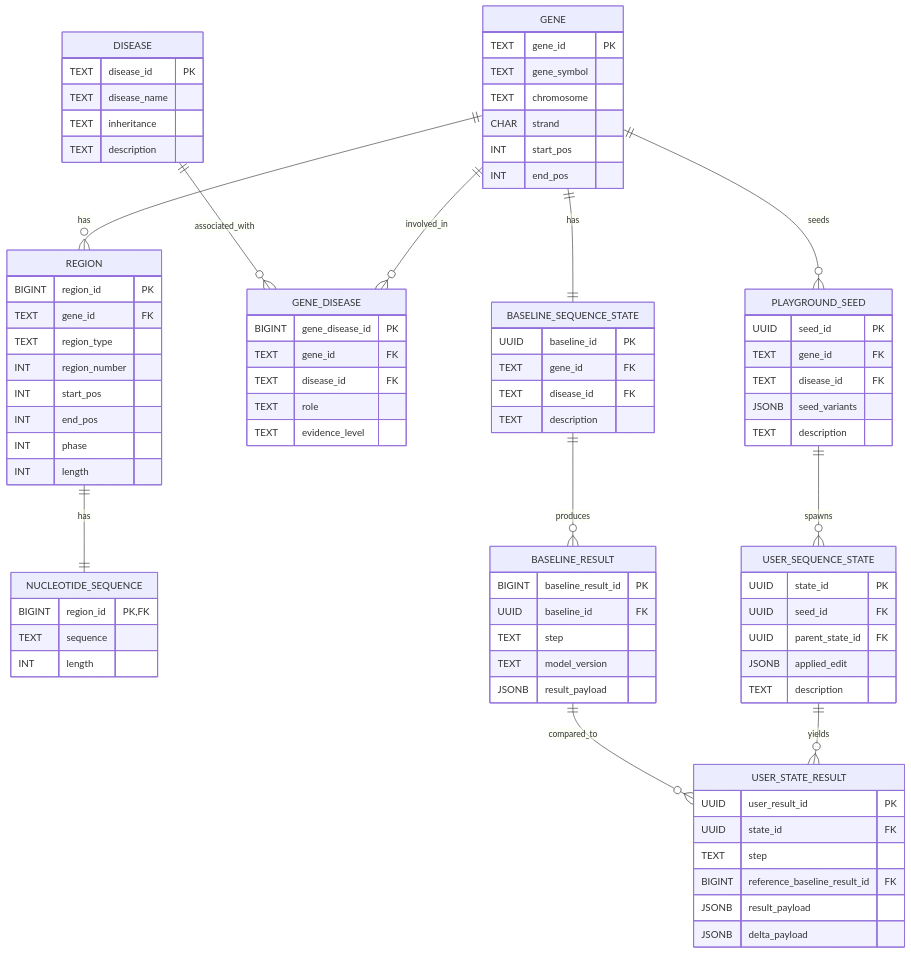
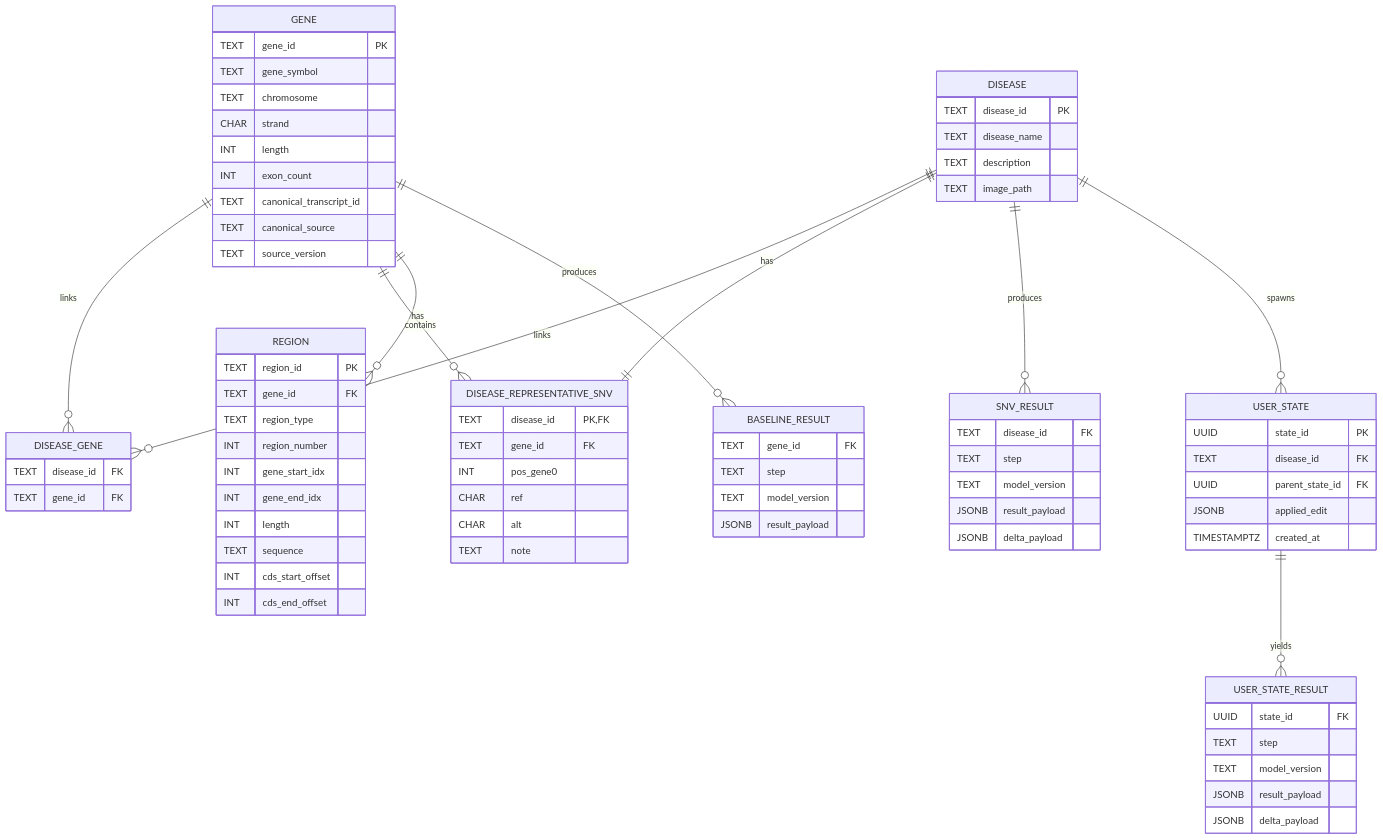
One commit to the-martin-kang/splice-playground changed the diagram in docs/ER-diagram.md. Above: the diagram before and after it, drawn with Mermaid. The commit also changed 15 other files, not shown here.

Commit message:
week3 ER-diagram & supabase upload update

````diff
--- a/docs/ER-diagram.md
+++ b/docs/ER-diagram.md
@@ -1,98 +1,93 @@
 ```mermaid
 erDiagram
+    DISEASE {
+        TEXT disease_id PK
+        TEXT disease_name
+        TEXT description
+        TEXT image_path
+    }
+
     GENE {
         TEXT gene_id PK
         TEXT gene_symbol
         TEXT chromosome
         CHAR strand
-        INT start_pos
-        INT end_pos
+        INT length
+        INT exon_count
+        TEXT canonical_transcript_id
+        TEXT canonical_source
+        TEXT source_version
+    }
+
+    DISEASE_GENE {
+        TEXT disease_id FK
+        TEXT gene_id FK
+    }
+
+    DISEASE_REPRESENTATIVE_SNV {
+        TEXT disease_id PK, FK
+        TEXT gene_id FK
+        INT pos_gene0
+        CHAR ref
+        CHAR alt
+        TEXT note
     }
 
     REGION {
-        BIGINT region_id PK
+        TEXT region_id PK
         TEXT gene_id FK
         TEXT region_type
         INT region_number
-        INT start_pos
-        INT end_pos
-        INT phase
+        INT gene_start_idx
+        INT gene_end_idx
         INT length
-    }
-
-    NUCLEOTIDE_SEQUENCE {
-        BIGINT region_id PK, FK
         TEXT sequence
-        INT length
-    }
-
-    DISEASE {
-        TEXT disease_id PK
-        TEXT disease_name
-        TEXT inheritance
-        TEXT description
-    }
-
-    GENE_DISEASE {
-        BIGINT gene_disease_id PK
-        TEXT gene_id FK
-        TEXT disease_id FK
-        TEXT role
-        TEXT evidence_level
-    }
-
-    BASELINE_SEQUENCE_STATE {
-        UUID baseline_id PK
-        TEXT gene_id FK
-        TEXT disease_id FK
-        TEXT description
+        INT cds_start_offset
+        INT cds_end_offset
     }
 
     BASELINE_RESULT {
-        BIGINT baseline_result_id PK
-        UUID baseline_id FK
+        TEXT gene_id FK
         TEXT step
         TEXT model_version
         JSONB result_payload
     }
 
-    PLAYGROUND_SEED {
-        UUID seed_id PK
-        TEXT gene_id FK
+    SNV_RESULT {
         TEXT disease_id FK
-        JSONB seed_variants
-        TEXT description
-    }
-
-    USER_SEQUENCE_STATE {
-        UUID state_id PK
-        UUID seed_id FK
-        UUID parent_state_id FK
-        JSONB applied_edit
-        TEXT description
-    }
-
-    USER_STATE_RESULT {
-        UUID user_result_id PK
-        UUID state_id FK
         TEXT step
-        BIGINT reference_baseline_result_id FK
+        TEXT model_version
         JSONB result_payload
         JSONB delta_payload
     }
 
+    USER_STATE {
+        UUID state_id PK
+        TEXT disease_id FK
+        UUID parent_state_id FK
+        JSONB applied_edit
+        TIMESTAMPTZ created_at
+    }
+
+    USER_STATE_RESULT {
+        UUID state_id FK
+        TEXT step
+        TEXT model_version
+        JSONB result_payload
+        JSONB delta_payload
+    }
+
+    DISEASE ||--o{ DISEASE_GENE : links
+    GENE ||--o{ DISEASE_GENE : links
+
+    DISEASE ||--|| DISEASE_REPRESENTATIVE_SNV : has
+    GENE ||--o{ DISEASE_REPRESENTATIVE_SNV : contains
+
     GENE ||--o{ REGION : has
-    REGION ||--|| NUCLEOTIDE_SEQUENCE : has
 
-    GENE ||--o{ GENE_DISEASE : involved_in
-    DISEASE ||--o{ GENE_DISEASE : associated_with
+    GENE ||--o{ BASELINE_RESULT : produces
+    DISEASE ||--o{ SNV_RESULT : produces
 
-    GENE ||--|| BASELINE_SEQUENCE_STATE : has
-    BASELINE_SEQUENCE_STATE ||--o{ BASELINE_RESULT : produces
-
-    GENE ||--o{ PLAYGROUND_SEED : seeds
-    PLAYGROUND_SEED ||--o{ USER_SEQUENCE_STATE : spawns
-    USER_SEQUENCE_STATE ||--o{ USER_STATE_RESULT : yields
-
-    BASELINE_RESULT ||--o{ USER_STATE_RESULT : compared_to
+    DISEASE ||--o{ USER_STATE : spawns
+    USER_STATE ||--o{ USER_STATE_RESULT : yields
 ```
````
